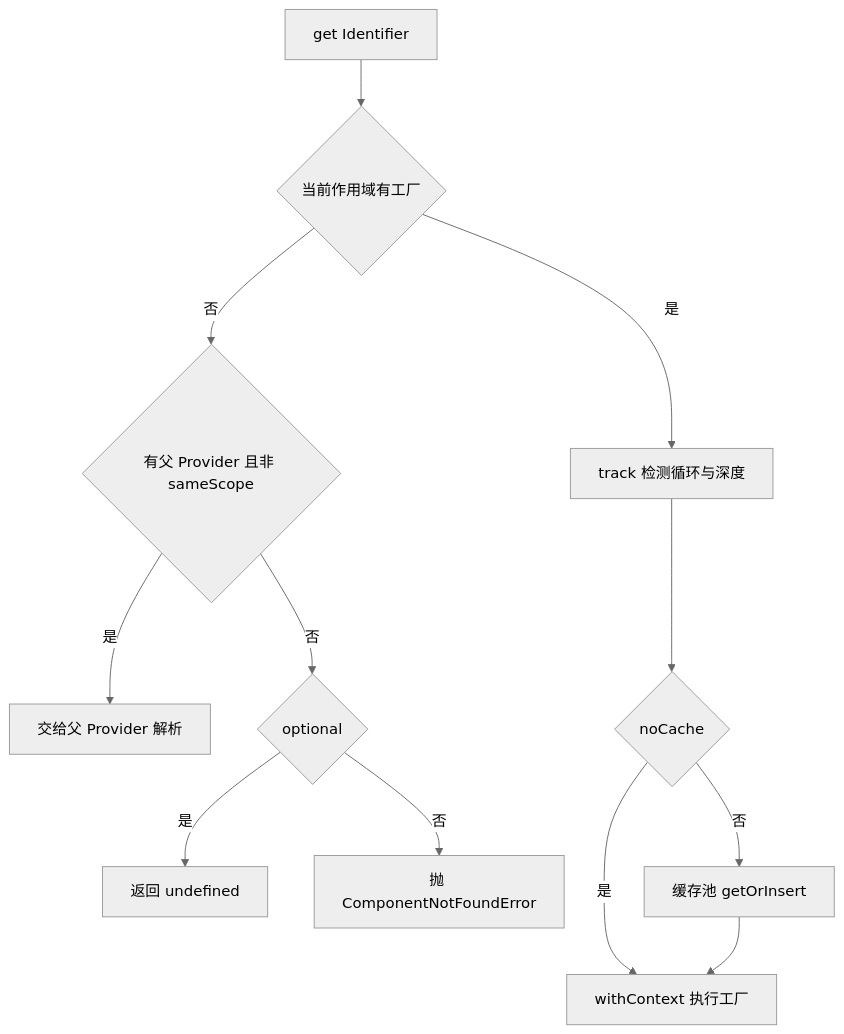
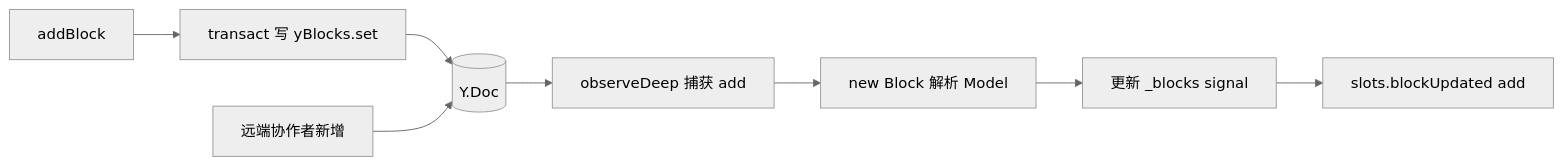
One commit to lfire/AFFiNE changed the fourth of 7 diagrams in learning-guide/slides/decks/16.md. Above: the diagram before and after it, drawn with Mermaid (neutral theme). The commit also changed other lines of this file and 73 other files, not shown here.

````diff
--- a/learning-guide/slides/decks/16.md
+++ b/learning-guide/slides/decks/16.md
@@ -226,14 +326,10 @@
 ```mermaid
-flowchart TD
-  A["get Identifier"] --> B{"当前作用域有工厂"}
-  B -- 否 --> C{"有父 Provider 且非 sameScope"}
-  C -- 是 --> D["交给父 Provider 解析"]
-  C -- 否 --> E{"optional"}
-  E -- 是 --> F["返回 undefined"]
-  E -- 否 --> G["抛 ComponentNotFoundError"]
-  B -- 是 --> H["track 检测循环与深度"]
-  H --> I{"noCache"}
-  I -- 是 --> J["withContext 执行工厂"]
-  I -- 否 --> K["缓存池 getOrInsert"]
-  K --> J
+flowchart LR
+  A["addBlock"] --> B["transact 写 yBlocks.set"]
+  B --> Y[("Y.Doc")]
+  Y --> C["observeDeep 捕获 add"]
+  C --> D["new Block 解析 Model"]
+  D --> E["更新 _blocks signal"]
+  E --> F["slots.blockUpdated add"]
+  R["远端协作者新增"] --> Y
 ```
````
